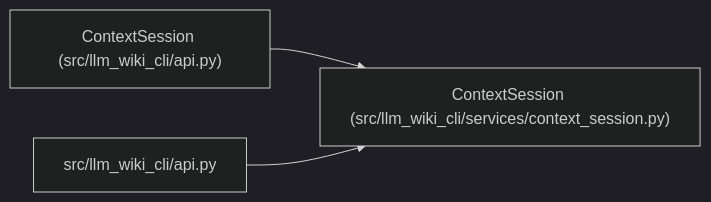
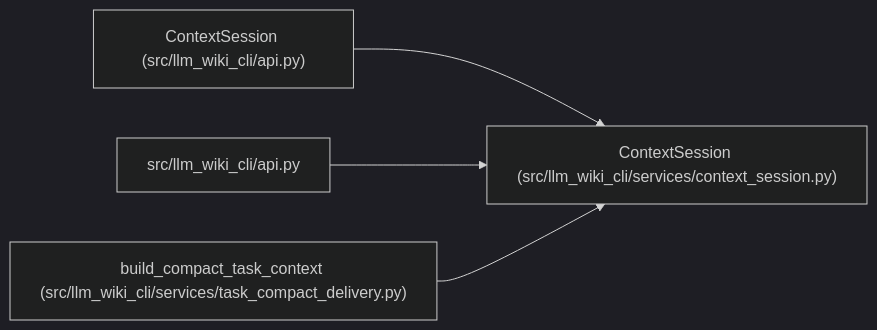
The diagram in docs/llm_wiki/entities/context_session_ContextSession.md (Denissvgn/python-wiki-llm), drawn with Mermaid (dark theme) before and after one commit. The commit also changed other lines of this file and 1410 other files, not shown here.

First line of the commit message:
Add source-grounded task guides and re-anchor the maintained wiki

````diff
--- a/docs/llm_wiki/entities/context_session_ContextSession.md
+++ b/docs/llm_wiki/entities/context_session_ContextSession.md
@@ -39,11 +52,14 @@
 ```mermaid
 flowchart LR
     n0["ContextSession (src/llm_wiki_cli/services/context_session.py)"]
     n1["ContextSession (src/llm_wiki_cli/api.py)"]
     n2["src/llm_wiki_cli/api.py"]
+    n3["build_compact_task_context (src/llm_wiki_cli/services/task_compact_delivery.py)"]
     n1 --> n0
     n2 --> n0
+    n3 --> n0
     click n0 "../modules/context_session.md"
     click n1 "../modules/api.md"
     click n2 "../modules/api.md"
+    click n3 "../modules/task_compact_delivery.md"
 ```
````
